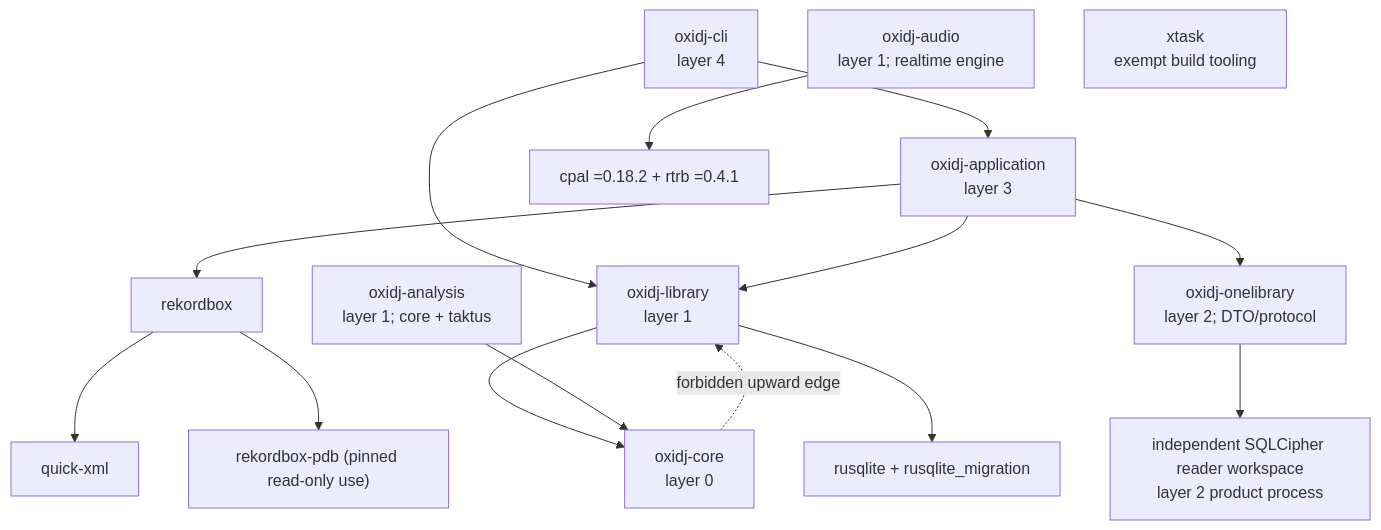
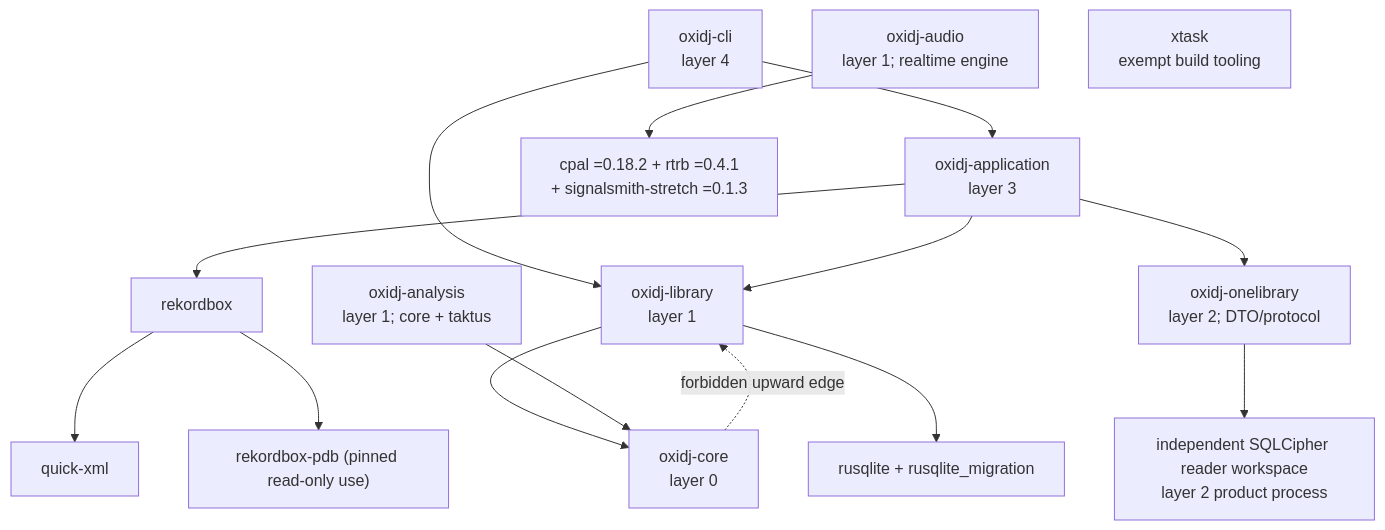
One commit to Senci/oxidj changed the diagram in docs/layers-policy.md. Above: the diagram before and after it, drawn with Mermaid. The commit also changed other lines of this file and 9 other files, not shown here.

````diff
--- a/docs/layers-policy.md
+++ b/docs/layers-policy.md
@@ -39,17 +39,17 @@
 ```mermaid
 flowchart TB
     cli["oxidj-cli<br/>layer 4"] --> app["oxidj-application<br/>layer 3"]
     cli --> library["oxidj-library<br/>layer 1"]
     app --> rekordbox
     app --> library
     app --> onelibrary["oxidj-onelibrary<br/>layer 2; DTO/protocol"]
     onelibrary --> reader["independent SQLCipher reader workspace<br/>layer 2 product process"]
     rekordbox --> xml["quick-xml"]
     rekordbox --> pdb["rekordbox-pdb (pinned read-only use)"]
     library --> core["oxidj-core<br/>layer 0"]
     analysis["oxidj-analysis<br/>layer 1; core + taktus"] --> core
-    engine["oxidj-audio<br/>layer 1; realtime engine"] --> cpal["cpal =0.18.2 + rtrb =0.4.1"]
+    engine["oxidj-audio<br/>layer 1; realtime engine"] --> cpal["cpal =0.18.2 + rtrb =0.4.1<br/>+ signalsmith-stretch =0.1.3"]
     library --> sqlite["rusqlite + rusqlite_migration"]
     core -. "forbidden upward edge" .-> library
     xtask["xtask<br/>exempt build tooling"]
 ```
````
